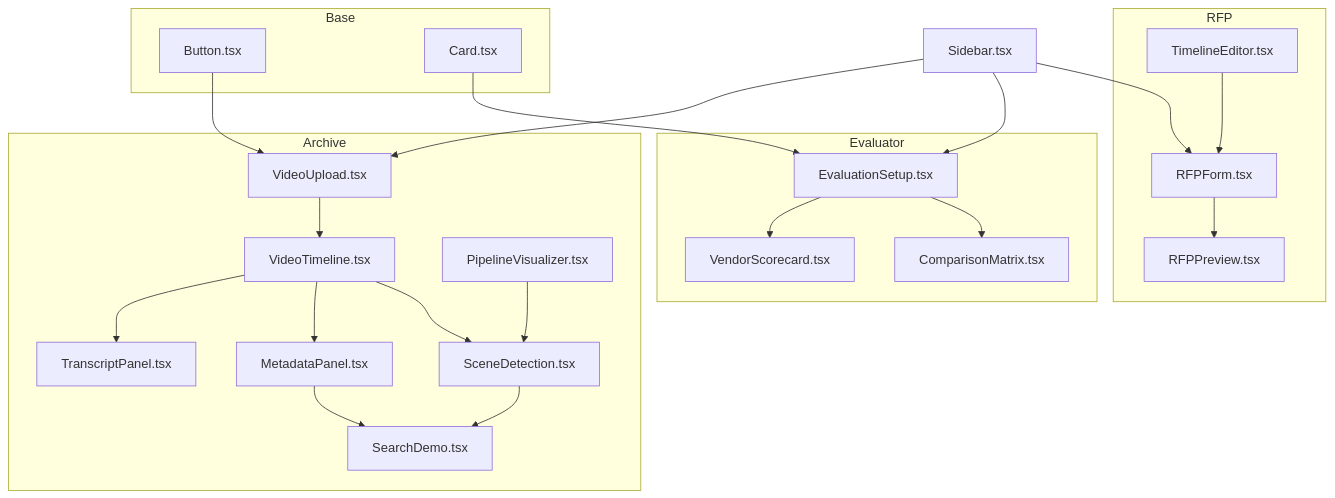
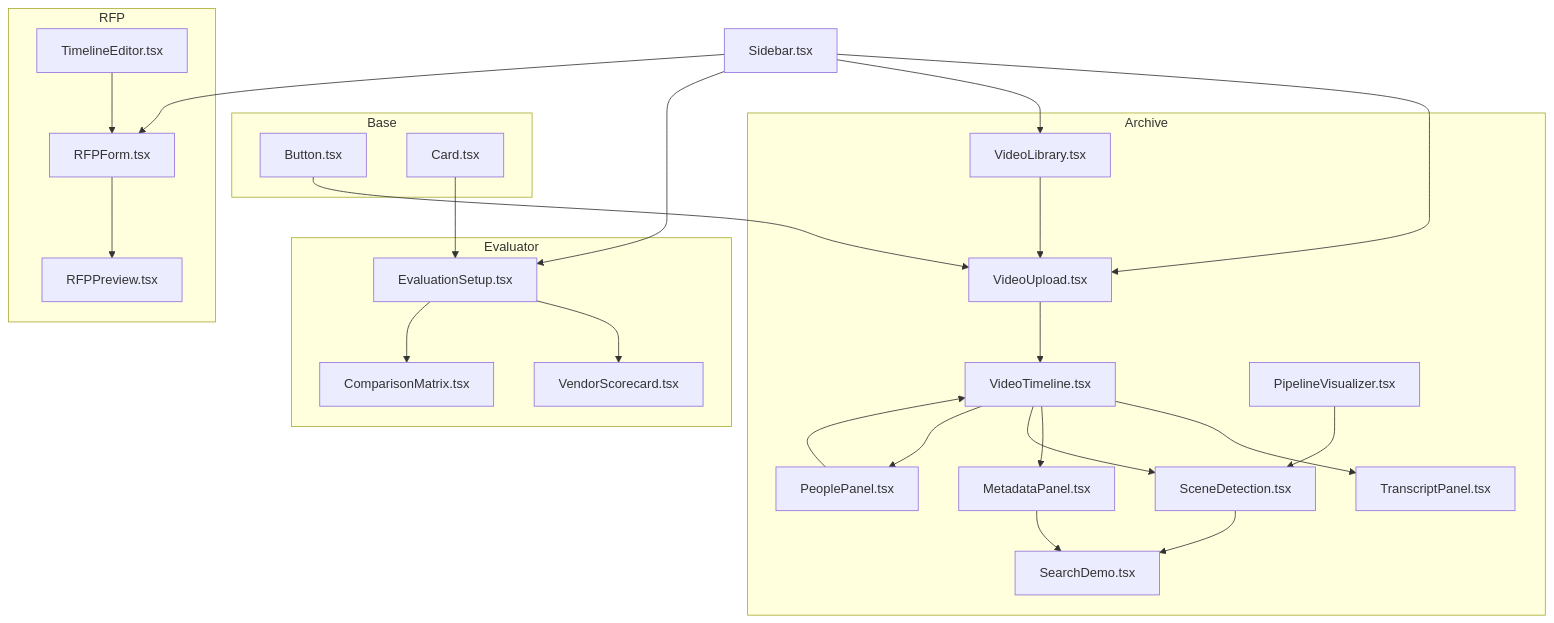
One commit to alexandreybasta-cyber/dubai-media-ai changed the first of 3 diagrams in .qoder/repowiki/en/content/Frontend Application/Component Library.md. Above: the diagram before and after it, drawn with Mermaid. The commit also changed other lines of this file and 49 other files, not shown here.

````diff
--- a/.qoder/repowiki/en/content/Frontend Application/Component Library.md
+++ b/.qoder/repowiki/en/content/Frontend Application/Component Library.md
@@ -60,43 +63,49 @@
 ```mermaid
 graph TB
 subgraph "Base"
 B["Button.tsx"]
 C["Card.tsx"]
 end
 subgraph "Archive"
 VU["VideoUpload.tsx"]
 VT["VideoTimeline.tsx"]
 TP["TranscriptPanel.tsx"]
 MP["MetadataPanel.tsx"]
 SD["SearchDemo.tsx"]
 PV["PipelineVisualizer.tsx"]
 SC["SceneDetection.tsx"]
+PP["PeoplePanel.tsx"]
+VL["VideoLibrary.tsx"]
 end
 subgraph "RFP"
 RF["RFPForm.tsx"]
 RP["RFPPreview.tsx"]
 TE["TimelineEditor.tsx"]
 end
 subgraph "Evaluator"
 ES["EvaluationSetup.tsx"]
 VS["VendorScorecard.tsx"]
 CM["ComparisonMatrix.tsx"]
 end
 SB["Sidebar.tsx"]
 B --> VU
 C --> ES
 VU --> VT
 VT --> TP
 VT --> MP
 VT --> SC
+VT --> PP
 MP --> SD
 PV --> SC
 SC --> SD
+PP --> VT
+VL --> VU
 RF --> RP
 TE --> RF
 ES --> VS
 ES --> CM
 SB --> VU
+SB --> VL
 SB --> RF
 SB --> ES
 ```
````
